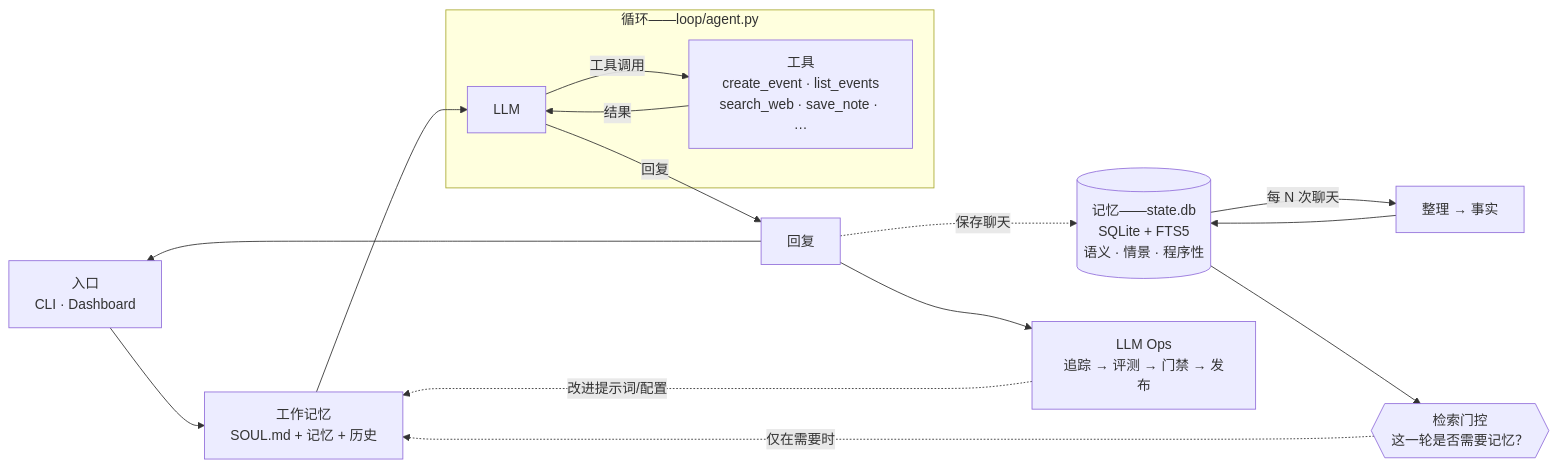
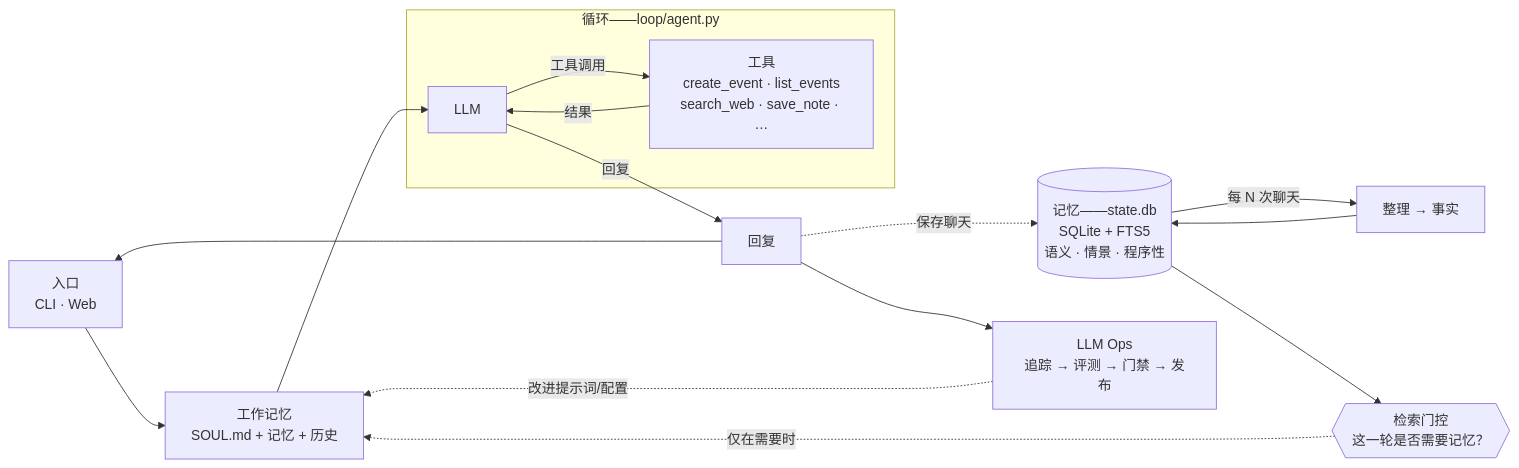
The first of 2 diagrams in docs/README.md (Longlong418/KnowMe), drawn with Mermaid before and after one commit. The commit also changed other lines of this file and 46 other files, not shown here.

````diff
--- a/docs/README.md
+++ b/docs/README.md
@@ -120,16 +120,16 @@
 ```mermaid
 flowchart LR
-  GW["入口<br/>CLI · Dashboard"] --> WM["工作记忆<br/>SOUL.md + 记忆 + 历史"]
+  GW["入口<br/>CLI · Web"] --> WM["工作记忆<br/>SOUL.md + 记忆 + 历史"]
   WM --> LLM
   subgraph LOOP["循环——loop/agent.py"]
     LLM["LLM"] -->|工具调用| TOOLS["工具<br/>create_event · list_events<br/>search_web · save_note · …"]
     TOOLS -->|结果| LLM
   end
   LLM -->|回复| REPLY["回复"] --> GW
   GATE{{"检索门控<br/>这一轮是否需要记忆？"}} -. 仅在需要时 .-> WM
   MEM[("记忆——state.db<br/>SQLite + FTS5<br/>语义 · 情景 · 程序性")] --> GATE
   REPLY -. 保存聊天 .-> MEM
   MEM -->|每 N 次聊天| CONS["整理 → 事实"] --> MEM
   REPLY --> OPS["LLM Ops<br/>追踪 → 评测 → 门禁 → 发布"]
   OPS -. 改进提示词/配置 .-> WM
 ```
````
